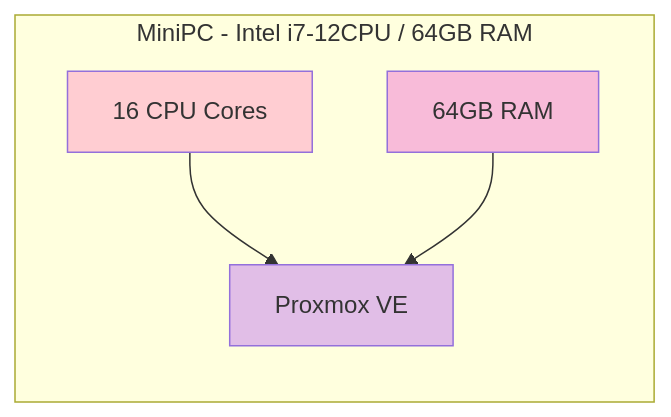
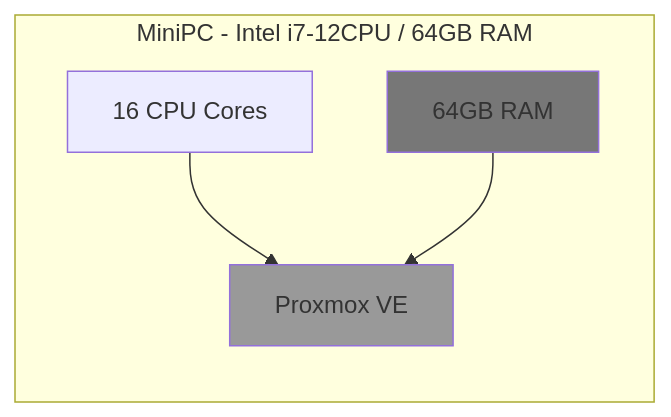
Before and after one commit to tom-sapletta-com/proxmox: the second of 7 diagrams in README.md, drawn with Mermaid. The commit also changed other lines of this file, not shown here.

````diff
--- a/README.md
+++ b/README.md
@@ -66,15 +66,15 @@
 ```mermaid
 graph LR
     subgraph "MiniPC - Intel i7-12CPU / 64GB RAM"
         CPU[16 CPU Cores]
         RAM[64GB RAM]
         PROX[Proxmox VE]
     end
     
     CPU --> PROX
     RAM --> PROX
     
-    style CPU fill:#ffcdd2
-    style RAM fill:#f8bbd9
-    style PROX fill:#e1bee7
+    style CPU fill:#4444444
+    style RAM fill:#777777
+    style PROX fill:#999999
 ```
````
